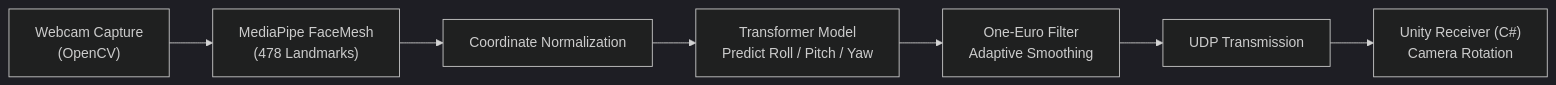
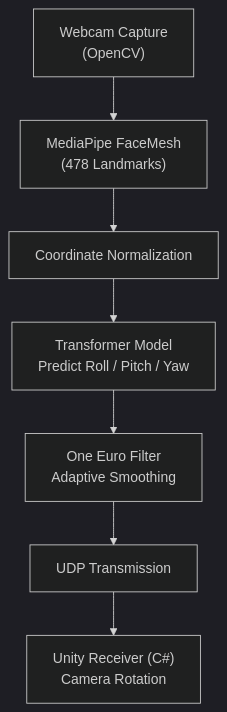
Before and after one commit to seonghwan97/Face-Tracking-Semi-Immersive-VR: the first of 3 diagrams in README.md, drawn with Mermaid (dark theme). The commit also changed other lines of this file and 1 other file, not shown here.

````diff
--- a/README.md
+++ b/README.md
@@ -78,9 +78,11 @@
 ```mermaid
-flowchart LR
+%%{init: {'flowchart': {'htmlLabels': false}}}%%
+flowchart TB
     A["Webcam Capture\n(OpenCV)"] --> B["MediaPipe FaceMesh\n(478 Landmarks)"]
     B --> C["Coordinate Normalization"]
     C --> D["Transformer Model\nPredict Roll / Pitch / Yaw"]
-    D --> E["One-Euro Filter\nAdaptive Smoothing"]
+    D --> E["One Euro Filter\nAdaptive Smoothing"]
     E --> F["UDP Transmission"]
     F --> G["Unity Receiver (C#)\nCamera Rotation"]
+
 ```
````
